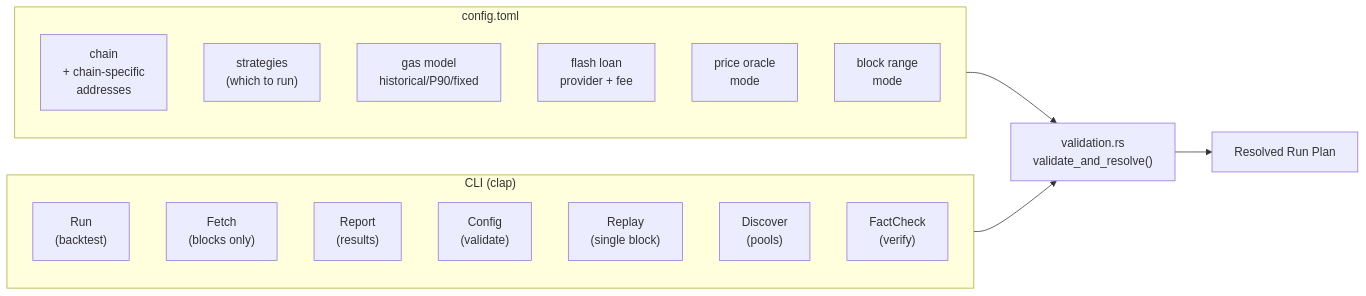
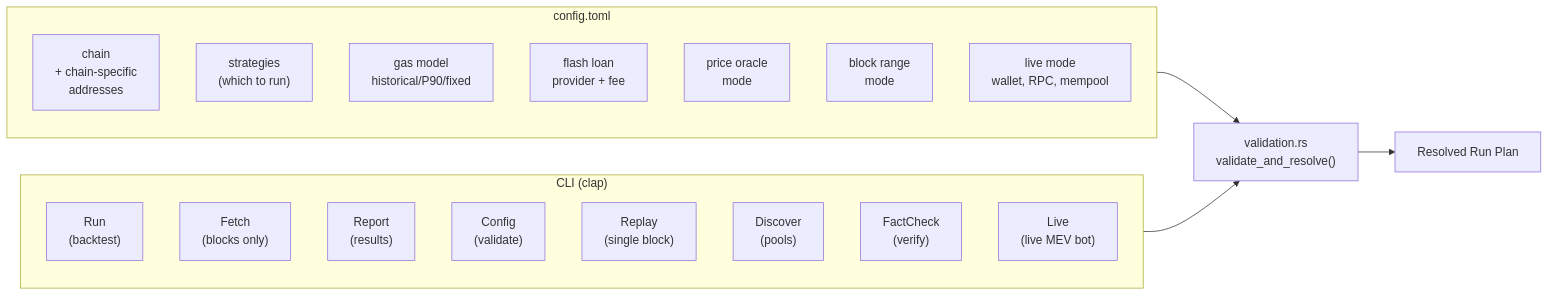
The sixth of 7 diagrams in ARCHITECTURE.md (moha-moradi/mev-scout), drawn with Mermaid before and after one commit. The commit also changed other lines of this file and 2 other files, not shown here.

````diff
--- a/ARCHITECTURE.md
+++ b/ARCHITECTURE.md
@@ -297,25 +421,27 @@
 ```mermaid
 flowchart LR
     subgraph Cli["CLI (clap)"]
         Run["Run\n(backtest)"]
         Fetch["Fetch\n(blocks only)"]
         Report["Report\n(results)"]
         Config["Config\n(validate)"]
         ReplayCmd["Replay\n(single block)"]
         Discover["Discover\n(pools)"]
         FactCheck["FactCheck\n(verify)"]
+        LiveCmd["Live\n(live MEV bot)"]
     end
 
     subgraph ConfigFile["config.toml"]
         chain["chain\n+ chain-specific\naddresses"]
         strategies["strategies\n(which to run)"]
         gas["gas model\nhistorical/P90/fixed"]
         flashloan["flash loan\nprovider + fee"]
         price["price oracle\nmode"]
         range["block range\nmode"]
+        live_cfg["live mode\nwallet, RPC, mempool"]
     end
 
     ConfigFile --> validation["validation.rs\nvalidate_and_resolve()"]
     Cli --> validation
     validation --> run_plan["Resolved Run Plan"]
 ```
````
